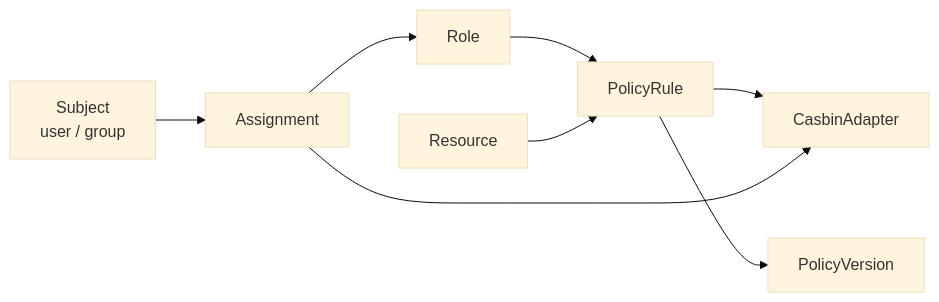
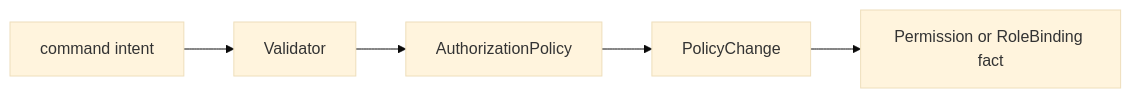
The third of 6 diagrams in docs/02-业务域/02-authz-角色&策略&资源&Assignment.md (FangcunMount/iam), drawn with Mermaid (base theme) before and after one commit. The commit also changed other lines of this file and 61 other files, not shown here.

````diff
--- a/docs/02-业务域/02-authz-角色&策略&资源&Assignment.md
+++ b/docs/02-业务域/02-authz-角色&策略&资源&Assignment.md
@@ -82,18 +128,10 @@
 ```mermaid
 flowchart LR
-  Subject["Subject<br/>user / group"]
-  Assignment["Assignment"]
-  Role["Role"]
-  Policy["PolicyRule"]
-  Resource["Resource"]
-  Version["PolicyVersion"]
-  Casbin["CasbinAdapter"]
+    Command["command intent"]
+    Validator["Validator"]
+    Policy["AuthorizationPolicy"]
+    Change["PolicyChange"]
+    Fact["Permission or RoleBinding fact"]
 
-  Subject --> Assignment
-  Assignment --> Role
-  Role --> Policy
-  Resource --> Policy
-  Policy --> Casbin
-  Assignment --> Casbin
-  Policy --> Version
+    Command --> Validator --> Policy --> Change --> Fact
 ```
````
